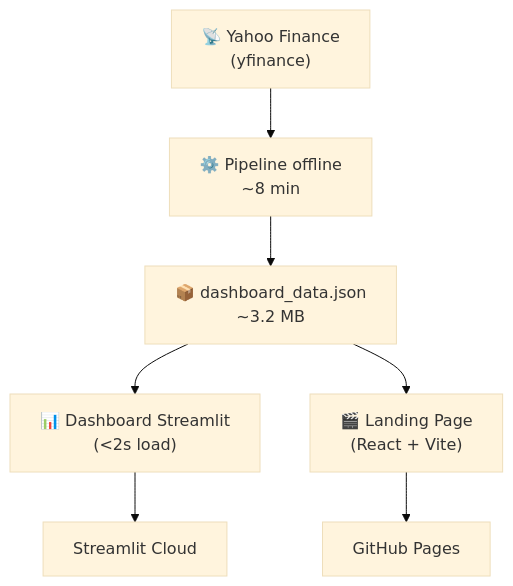
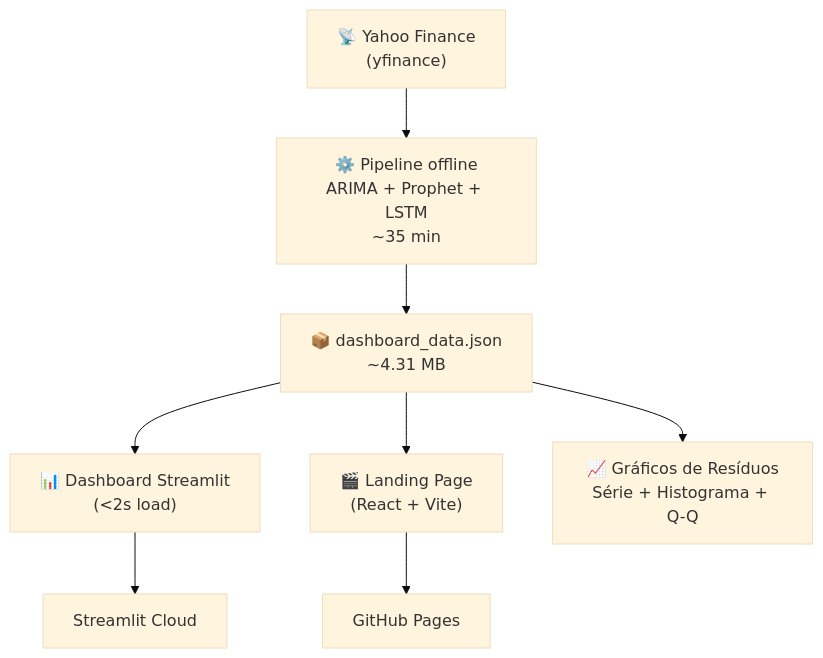
The diagram in README.md (cavalcanteprofissional/br-stocks-ts-pipeline), drawn with Mermaid (base theme) before and after one commit. The commit also changed other lines of this file, not shown here.

Commit message:
docs: update README for v0.11.0 (multi-model, residuals, 4.31 MB JSON)

````diff
--- a/README.md
+++ b/README.md
@@ -28,9 +31,10 @@
 ```mermaid
 flowchart TD
-    A["📡 Yahoo Finance<br/>(yfinance)"] --> B["⚙️ Pipeline offline<br/>~8 min"]
-    B --> C["📦 dashboard_data.json<br/>~3.2 MB"]
+    A["📡 Yahoo Finance<br/>(yfinance)"] --> B["⚙️ Pipeline offline<br/>ARIMA + Prophet + LSTM<br/>~35 min"]
+    B --> C["📦 dashboard_data.json<br/>~4.31 MB"]
     C --> D["📊 Dashboard Streamlit<br/>(<2s load)"]
     C --> E["🎬 Landing Page<br/>(React + Vite)"]
-    D --> F["Streamlit Cloud"]
-    E --> G["GitHub Pages"]
+    C --> F["📈 Gráficos de Resíduos<br/>Série + Histograma + Q-Q"]
+    D --> G["Streamlit Cloud"]
+    E --> H["GitHub Pages"]
 ```
````
